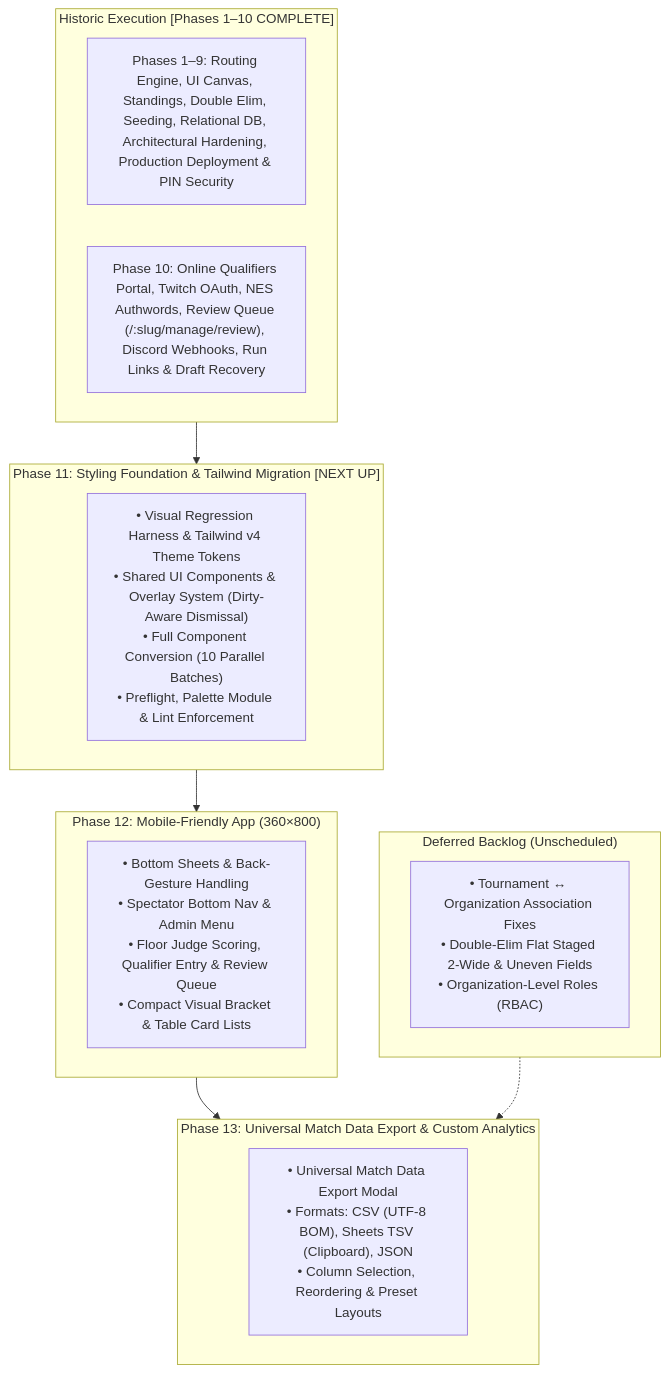
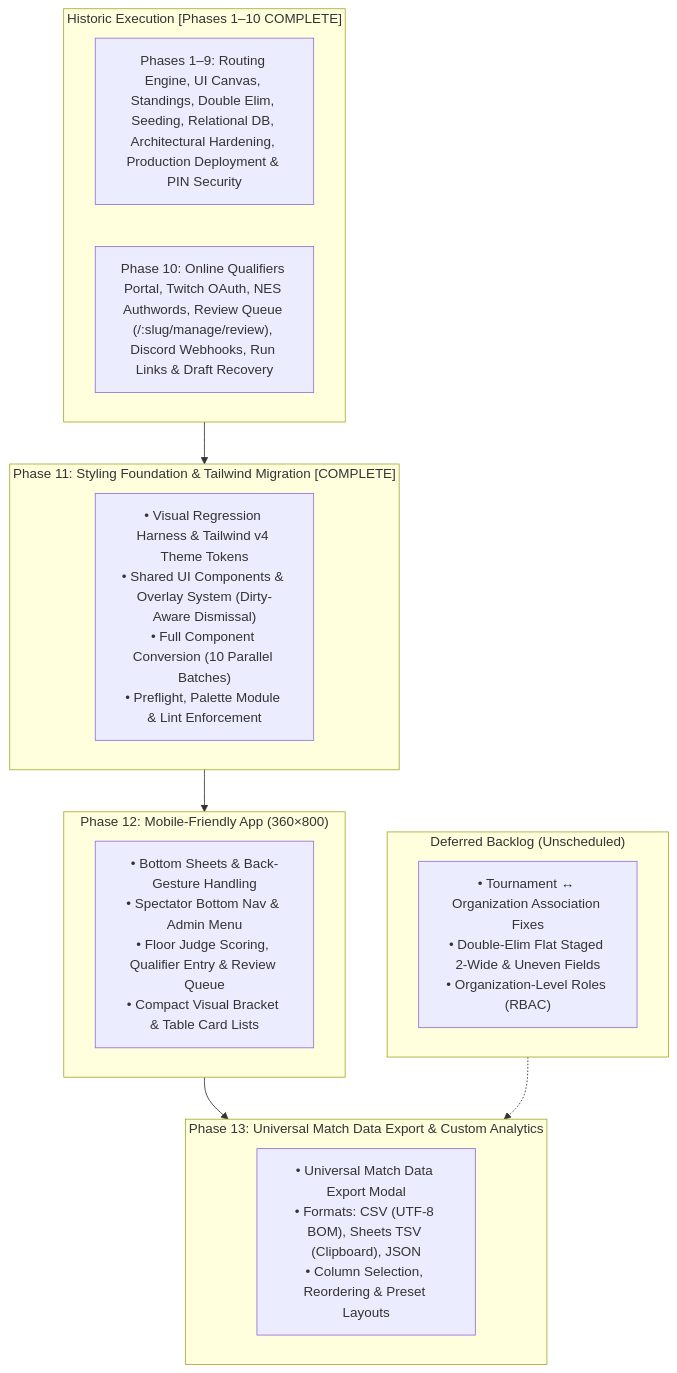
The diagram in docs/implementation_plan.md (jgrondski/matchfoundry), drawn with Mermaid before and after one commit. The commit also changed other lines of this file and 110 other files, not shown here.

````diff
--- a/docs/implementation_plan.md
+++ b/docs/implementation_plan.md
@@ -127,26 +127,26 @@
 ```mermaid
 flowchart TD
     subgraph Historic["Historic Execution [Phases 1–10 COMPLETE]"]
         H1["Phases 1–9: Routing Engine, UI Canvas, Standings, Double Elim, Seeding, Relational DB, Architectural Hardening, Production Deployment & PIN Security"]
         H2["Phase 10: Online Qualifiers Portal, Twitch OAuth, NES Authwords, Review Queue (/:slug/manage/review), Discord Webhooks, Run Links & Draft Recovery"]
     end
 
-    subgraph Phase11["Phase 11: Styling Foundation & Tailwind Migration [NEXT UP]"]
+    subgraph Phase11["Phase 11: Styling Foundation & Tailwind Migration [COMPLETE]"]
         P11["• Visual Regression Harness & Tailwind v4 Theme Tokens<br>• Shared UI Components & Overlay System (Dirty-Aware Dismissal)<br>• Full Component Conversion (10 Parallel Batches)<br>• Preflight, Palette Module & Lint Enforcement"]
     end
 
     subgraph Phase12["Phase 12: Mobile-Friendly App (360×800)"]
         P12["• Bottom Sheets & Back-Gesture Handling<br>• Spectator Bottom Nav & Admin Menu<br>• Floor Judge Scoring, Qualifier Entry & Review Queue<br>• Compact Visual Bracket & Table Card Lists"]
     end
 
     subgraph Phase13["Phase 13: Universal Match Data Export & Custom Analytics"]
         P13["• Universal Match Data Export Modal<br>• Formats: CSV (UTF-8 BOM), Sheets TSV (Clipboard), JSON<br>• Column Selection, Reordering & Preset Layouts"]
     end
 
     subgraph Backlog["Deferred Backlog (Unscheduled)"]
         B1["• Tournament ↔ Organization Association Fixes<br>• Double-Elim Flat Staged 2-Wide & Uneven Fields<br>• Organization-Level Roles (RBAC)"]
     end
 
     Historic --> Phase11 --> Phase12 --> Phase13
     Backlog -.-> Phase13
 ```
````
